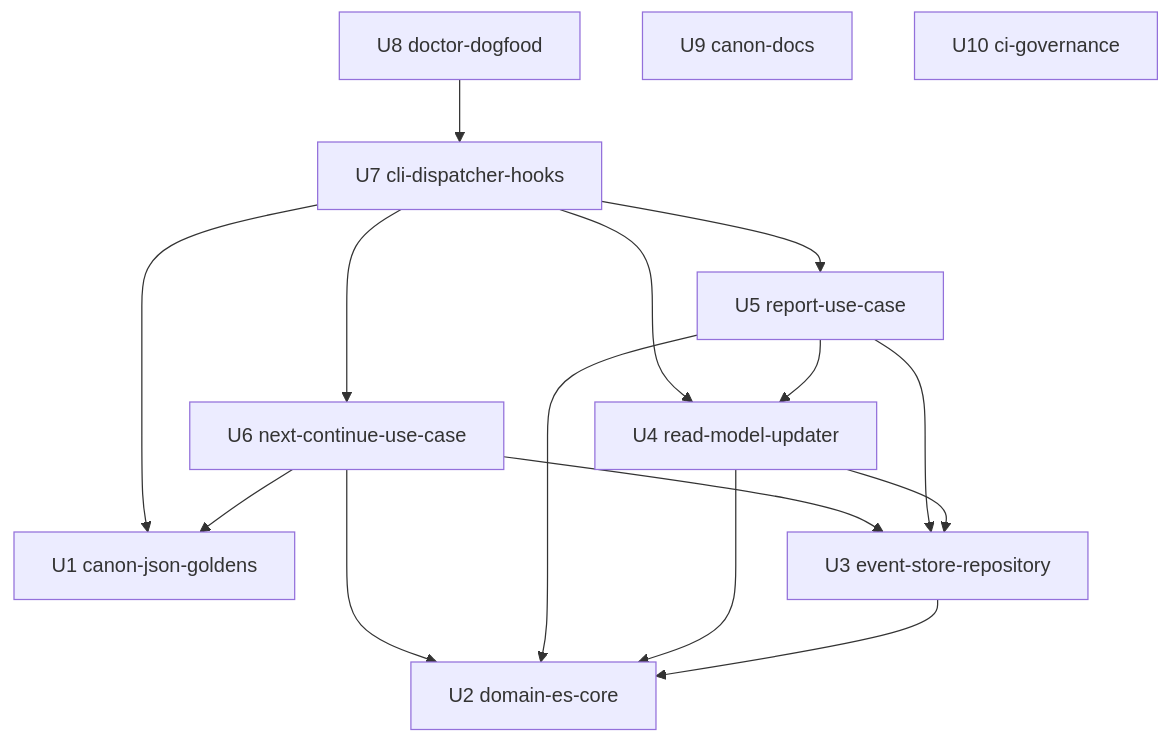
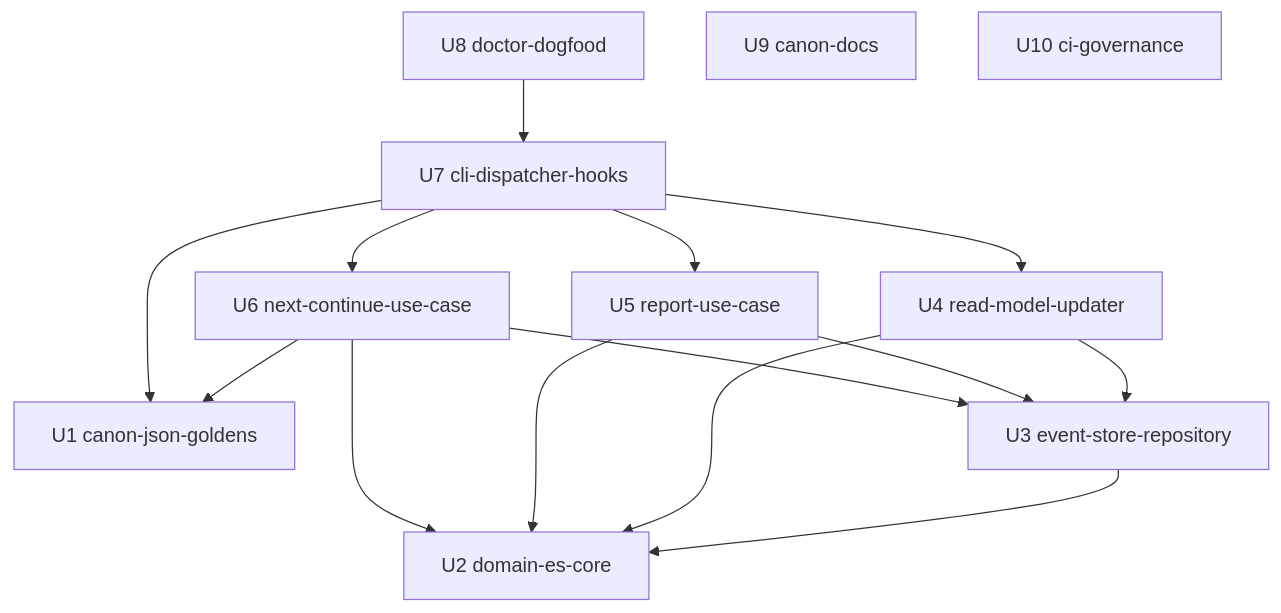
One commit to amadeus-dlc/amadeus-ng changed the diagram in aidlc/spaces/default/intents/260822-stage1-selfhost/inception/units-generation/unit-of-work-dependency.md. Above: the diagram before and after it, drawn with Mermaid. The commit also changed other lines of this file and 5 other files, not shown here.

````diff
--- a/aidlc/spaces/default/intents/260822-stage1-selfhost/inception/units-generation/unit-of-work-dependency.md
+++ b/aidlc/spaces/default/intents/260822-stage1-selfhost/inception/units-generation/unit-of-work-dependency.md
@@ -52,27 +52,26 @@
 ```mermaid
 graph TD
     U1["U1 canon-json-goldens"]
     U2["U2 domain-es-core"]
     U3["U3 event-store-repository"]
     U4["U4 read-model-updater"]
     U5["U5 report-use-case"]
     U6["U6 next-continue-use-case"]
     U7["U7 cli-dispatcher-hooks"]
     U8["U8 doctor-dogfood"]
     U9["U9 canon-docs"]
     U10["U10 ci-governance"]
     U3 --> U2
     U4 --> U2
     U4 --> U3
     U5 --> U2
     U5 --> U3
-    U5 --> U4
     U6 --> U1
     U6 --> U2
     U6 --> U3
     U7 --> U1
     U7 --> U4
     U7 --> U5
     U7 --> U6
     U8 --> U7
 ```
````
